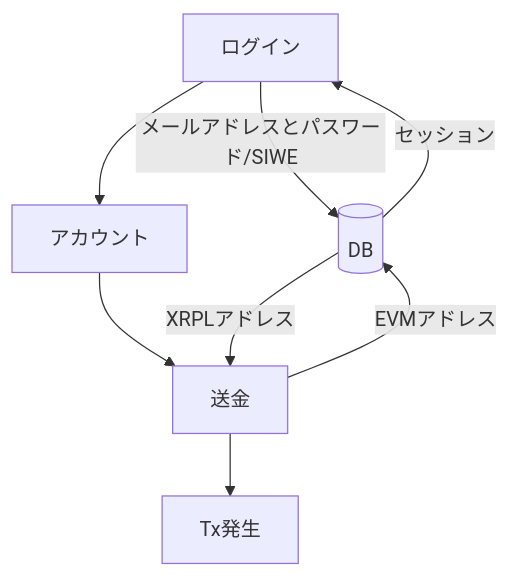
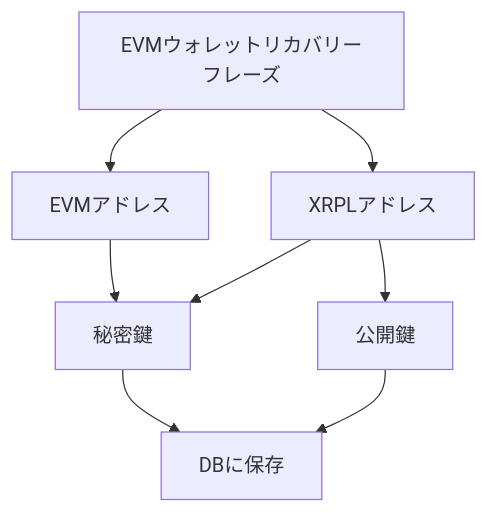
The diagram in README.md (cicada2290/RippleEVM), drawn with Mermaid before and after one commit. The commit also changed other lines of this file, not shown here.

````diff
--- a/README.md
+++ b/README.md
@@ -27,10 +18,10 @@
 ```mermaid
 graph TB
-    A --> |メールアドレスとパスワード/SIWE|C
-    C --> |セッション|A
-    A[ログイン] --> D[アカウント]
-    D --> B[送金]
-    B --> |EVMアドレス|C[(DB)]
-    C --> |XRPLアドレス|B
-    B --> E[Tx発生]
+    A[EVMウォレットリカバリーフレーズ] --> B[EVMアドレス]
+    A --> C[XRPLアドレス]
+    B --> D[秘密鍵]
+    C --> D
+    C --> E[公開鍵]
+    D --> F[DBに保存]
+    E --> F
 ```
````
